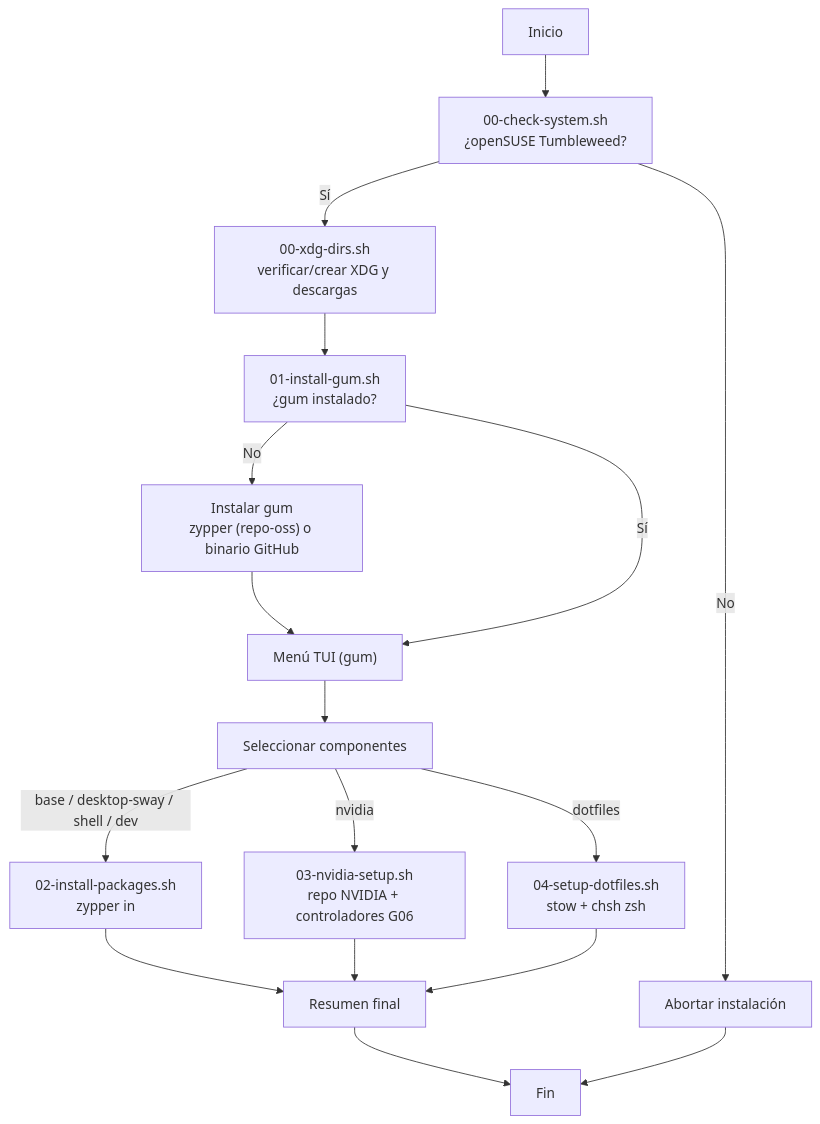
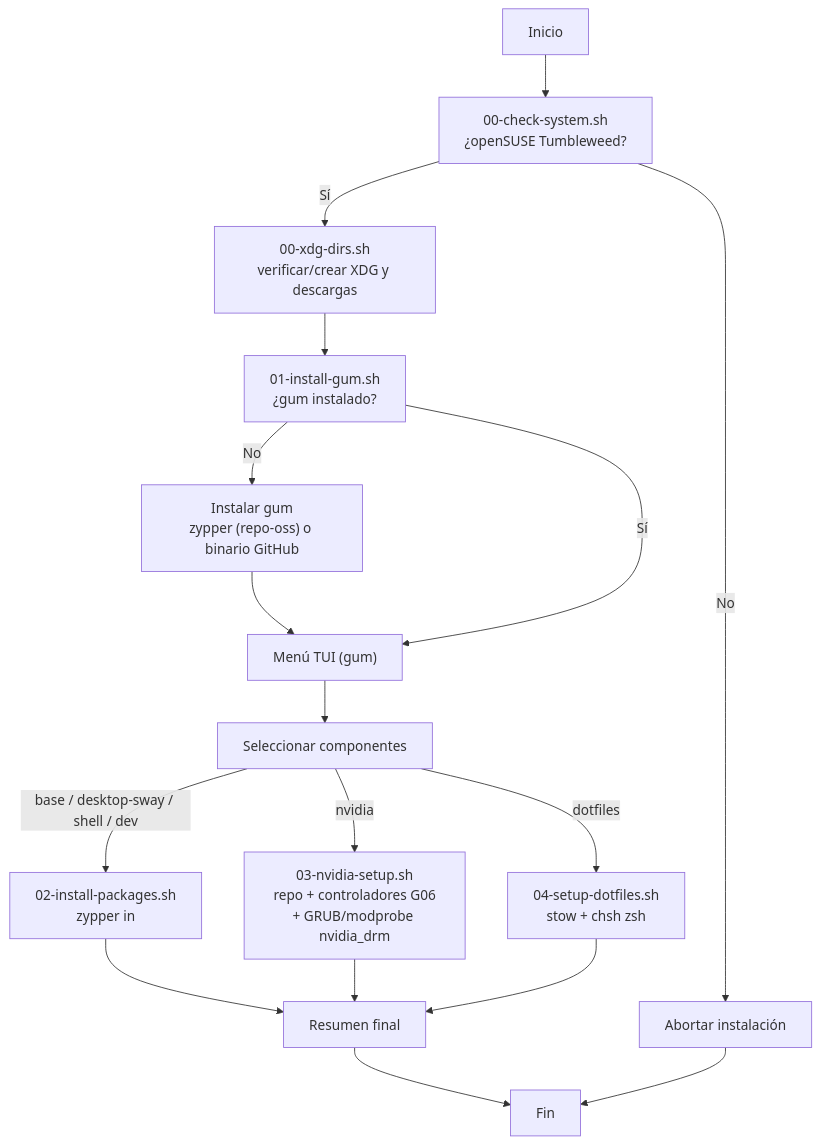
One commit to JorgeAlbertoDiaz/dotfiles changed the diagram in docs/assets/flow.mmd. Above: the diagram before and after it, drawn with Mermaid. The commit also changed 2 other files, not shown here.

```diff
--- a/docs/assets/flow.mmd
+++ b/docs/assets/flow.mmd
@@ -1,17 +1,17 @@
 flowchart TD
     A[Inicio] --> B["00-check-system.sh\n¿openSUSE Tumbleweed?"]
     B -- No --> FAIL[Abortar instalación]
     B -- Sí --> X["00-xdg-dirs.sh\nverificar/crear XDG y descargas"]
     X --> C["01-install-gum.sh\n¿gum instalado?"]
     C -- No --> G["Instalar gum\nzypper (repo-oss) o binario GitHub"]
     G --> D["Menú TUI (gum)"]
     C -- Sí --> D
     D --> E["Seleccionar componentes"]
     E -- base / desktop-sway / shell / dev --> F["02-install-packages.sh\nzypper in"]
-    E -- nvidia --> H["03-nvidia-setup.sh\nrepo NVIDIA + controladores G06"]
+    E -- nvidia --> H["03-nvidia-setup.sh\nrepo + controladores G06\n+ GRUB/modprobe nvidia_drm"]
     E -- dotfiles --> I["04-setup-dotfiles.sh\nstow + chsh zsh"]
     F --> J[Resumen final]
     H --> J
     I --> J
     J --> K[Fin]
     FAIL --> K
```
